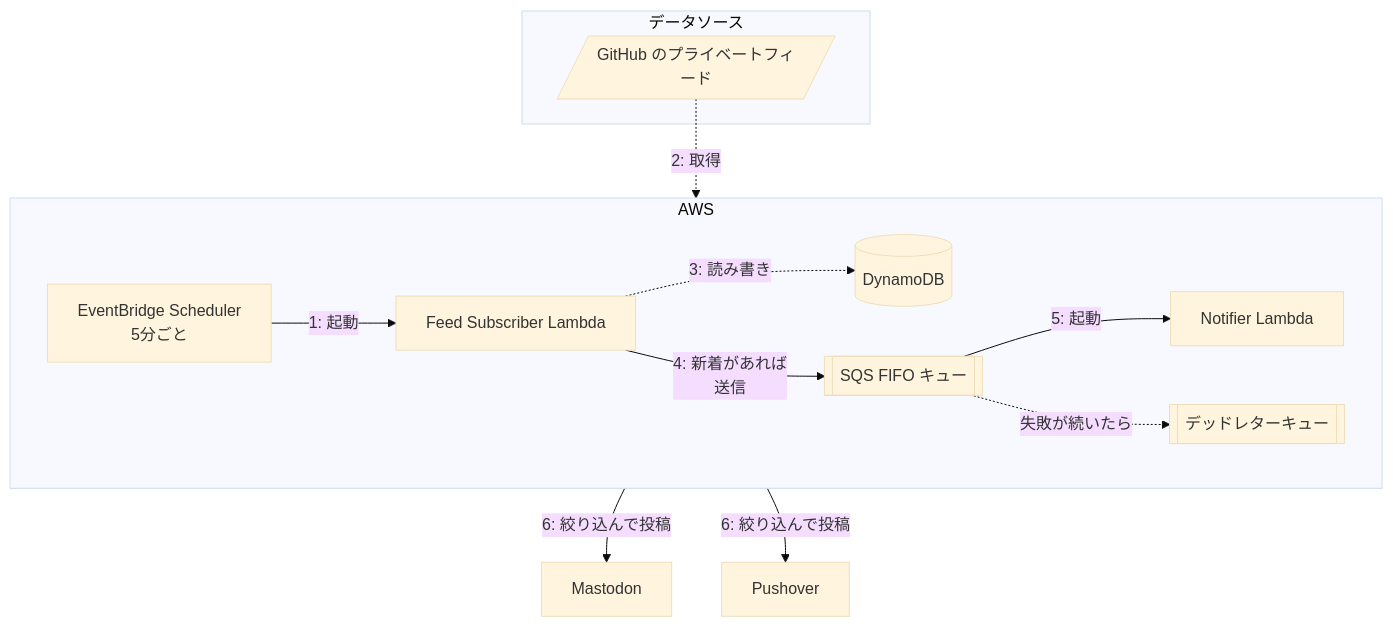
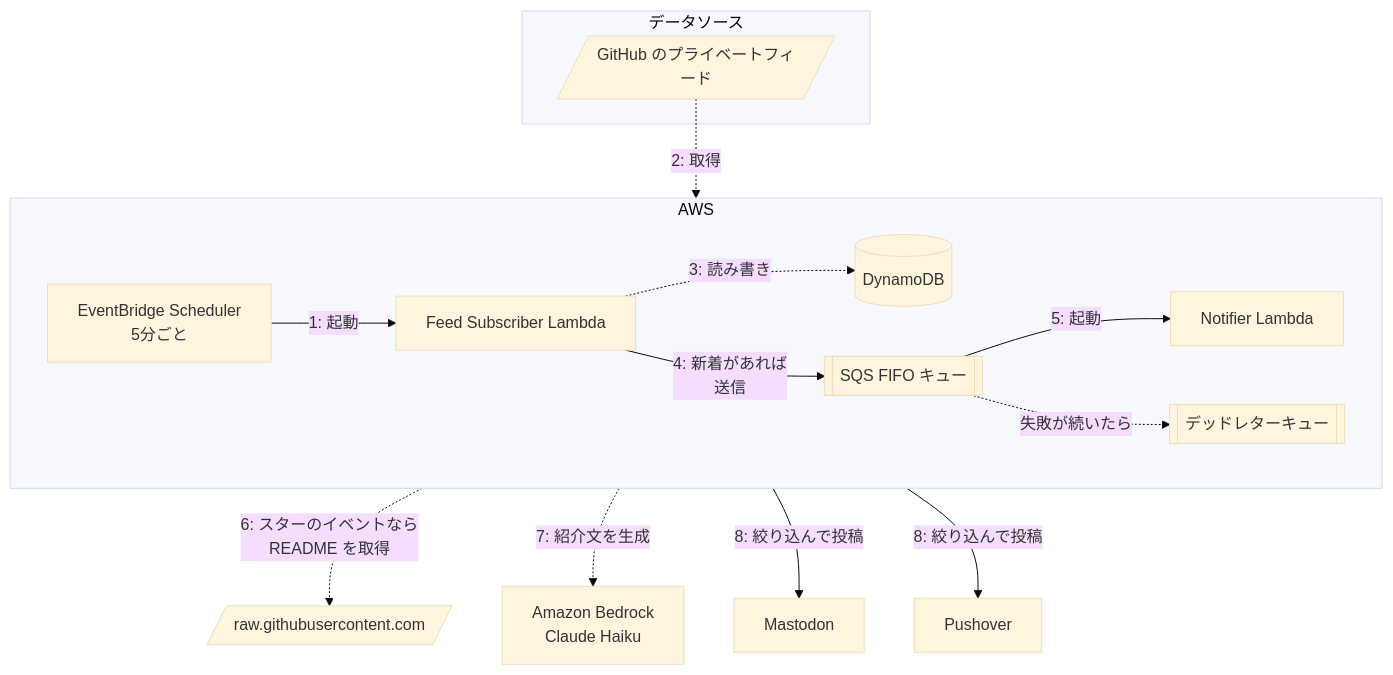
One commit to masutaka/masutaka-feed changed the first of 2 diagrams in README.md. Above: the diagram before and after it, drawn with Mermaid (base theme). The commit also changed other lines of this file and 6 other files, not shown here.

````diff
--- a/README.md
+++ b/README.md
@@ -15,22 +15,26 @@
 ```mermaid
 graph TD
     subgraph "データソース"
         A[/GitHub のプライベートフィード/]
     end
 
     subgraph "AWS"
         direction LR
         G[EventBridge Scheduler<br/>5分ごと] -->|1: 起動| H[Feed Subscriber Lambda]
         H -.->|3: 読み書き| I[(DynamoDB)]
         H -->|4: 新着があれば<br/>送信| Q[[SQS FIFO キュー]]
         Q -->|5: 起動| D[Notifier Lambda]
         Q -.->|失敗が続いたら| X[[デッドレターキュー]]
     end
 
     E[Mastodon]
     F[Pushover]
+    R[/raw.githubusercontent.com/]
+    B[Amazon Bedrock<br/>Claude Haiku]
 
     A -.->|2: 取得| H
-    D -->|6: 絞り込んで投稿| E
-    D -->|6: 絞り込んで投稿| F
+    D -.->|6: スターのイベントなら<br/>README を取得| R
+    D -.->|7: 紹介文を生成| B
+    D -->|8: 絞り込んで投稿| E
+    D -->|8: 絞り込んで投稿| F
 ```
````
